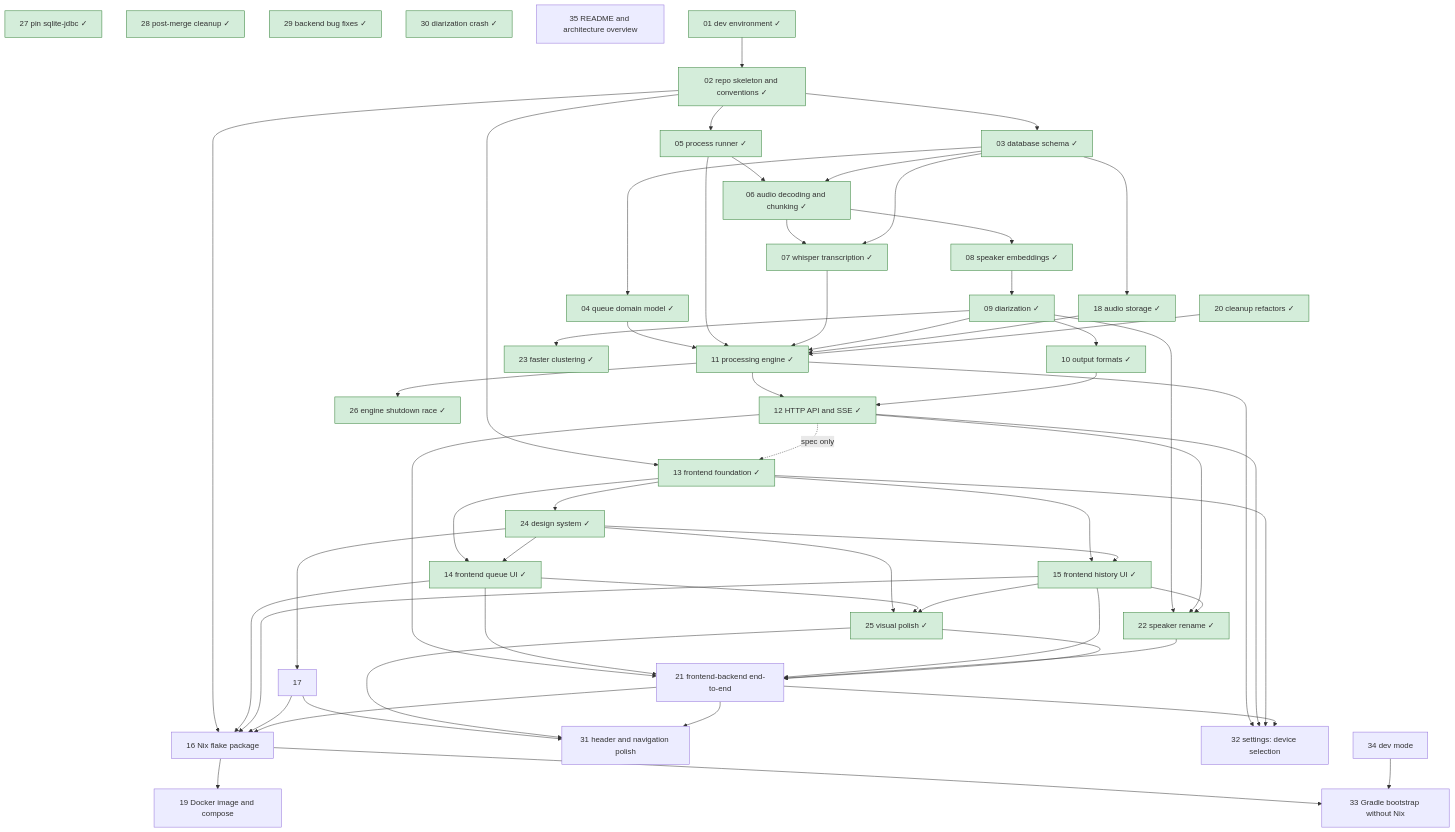
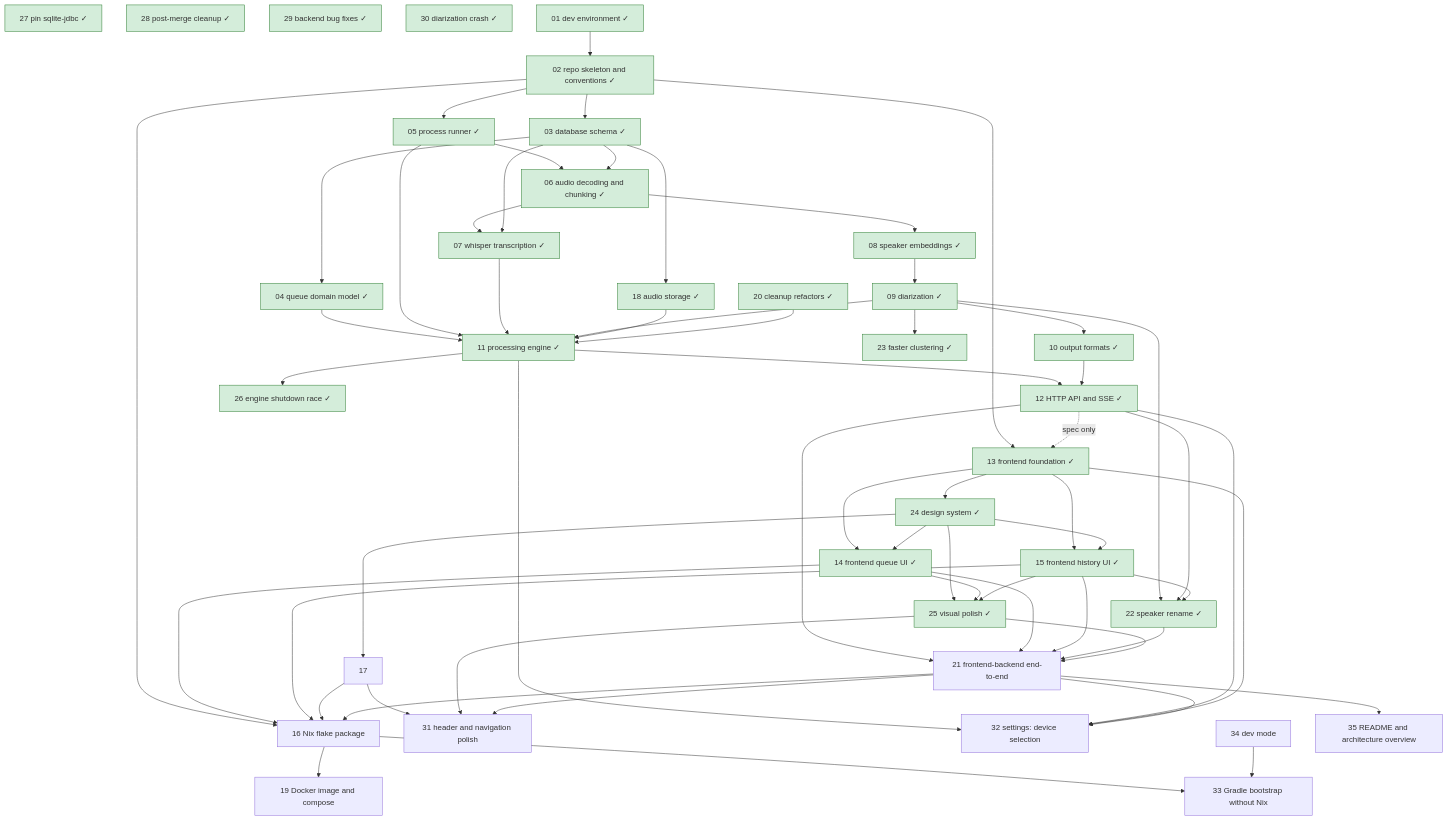
The diagram in roadmap/README.md (lulu-berlin/speech-to-text-app), drawn with Mermaid before and after one commit. The commit also changed other lines of this file and 2 other files, not shown here.

Commit message:
Items 34 and 35: consultation answers and proposed test lists

````diff
--- a/roadmap/README.md
+++ b/roadmap/README.md
@@ -17,67 +17,67 @@
 ```mermaid
 graph TD
   01[01 dev environment ✓]:::done --> 02[02 repo skeleton and conventions ✓]:::done
   02 --> 03[03 database schema ✓]:::done
   03 --> 04[04 queue domain model ✓]:::done
   02 --> 05[05 process runner ✓]:::done
   05 --> 06[06 audio decoding and chunking ✓]:::done
   03 --> 06
   06 --> 07[07 whisper transcription ✓]:::done
   03 --> 07
   06 --> 08[08 speaker embeddings ✓]:::done
   08 --> 09[09 diarization ✓]:::done
   09 --> 10[10 output formats ✓]:::done
   04 --> 11[11 processing engine ✓]:::done
   05 --> 11
   07 --> 11
   09 --> 11
   03 --> 18[18 audio storage ✓]:::done
   18 --> 11
   20 --> 11
   11 --> 12[12 HTTP API and SSE ✓]:::done
   10 --> 12
   02 --> 13[13 frontend foundation ✓]:::done
   12 -. spec only .-> 13
   13 --> 14[14 frontend queue UI ✓]:::done
   13 --> 15[15 frontend history UI ✓]:::done
   02 --> 16[16 Nix flake package]
   14 --> 16
   15 --> 16
   17 --> 16
   20[20 cleanup refactors ✓]:::done
   12 --> 21[21 frontend-backend end-to-end]
   14 --> 21
   15 --> 21
   22 --> 21
   25 --> 21
   16 --> 19[19 Docker image and compose]
   21 --> 16
   09 --> 22[22 speaker rename ✓]:::done
   12 --> 22
   15 --> 22
   09 --> 23[23 faster clustering ✓]:::done
   13 --> 24[24 design system ✓]:::done
   24 --> 14
   24 --> 15
   24 --> 17
   24 --> 25[25 visual polish ✓]:::done
   14 --> 25
   15 --> 25
   11 --> 26[26 engine shutdown race ✓]:::done
   27[27 pin sqlite-jdbc ✓]:::done
   28[28 post-merge cleanup ✓]:::done
   29[29 backend bug fixes ✓]:::done
   30[30 diarization crash ✓]:::done
   17 --> 31[31 header and navigation polish]
   25 --> 31
   21 --> 31
   11 --> 32[32 settings: device selection]
   12 --> 32
   13 --> 32
   21 --> 32
   16 --> 33[33 Gradle bootstrap without Nix]
   34 --> 33
   34[34 dev mode]
-  35[35 README and architecture overview]
+  21 --> 35[35 README and architecture overview]
   classDef done fill:#d4edda,stroke:#2e7d32
 ```
````
